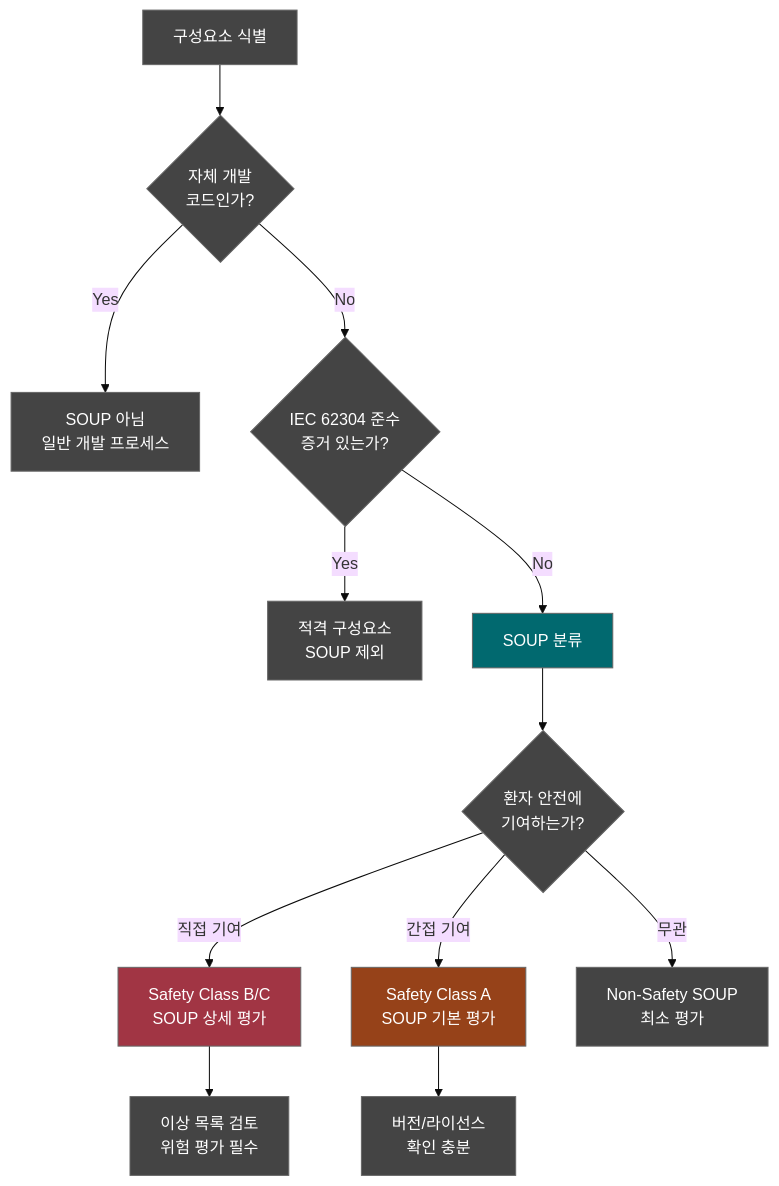
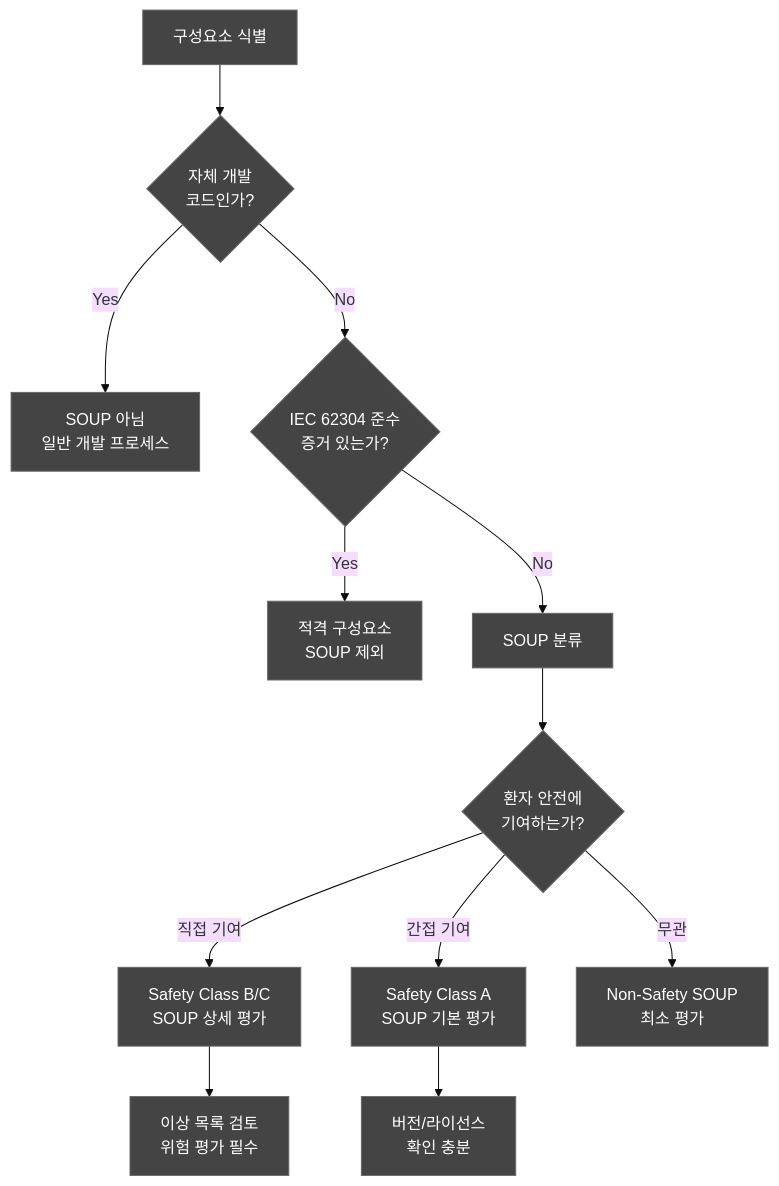
Before and after one commit to holee9/console-gui: the first of 3 diagrams in docs/verification/DOC-033_SOUP_Report_v1.0.md, drawn with Mermaid (base theme). The commit also changed other lines of this file and 35 other files, not shown here.

First line of the commit message:
fix: 전체 Mermaid 차트 색상 진한 회색 통일

````diff
--- a/docs/verification/DOC-033_SOUP_Report_v1.0.md
+++ b/docs/verification/DOC-033_SOUP_Report_v1.0.md
@@ -72,19 +72,19 @@
 ```mermaid
 flowchart TD
     classDef default fill:#444,stroke:#666,color:#fff
     A[구성요소 식별] --> B{자체 개발<br/>코드인가?}
     B -->|Yes| C[SOUP 아님<br/>일반 개발 프로세스]
     B -->|No| D{IEC 62304 준수<br/>증거 있는가?}
     D -->|Yes| E[적격 구성요소<br/>SOUP 제외]
     D -->|No| F[SOUP 분류]
     F --> G{환자 안전에<br/>기여하는가?}
     G -->|직접 기여| H[Safety Class B/C<br/>SOUP 상세 평가]
     G -->|간접 기여| I[Safety Class A<br/>SOUP 기본 평가]
     G -->|무관| J[Non-Safety SOUP<br/>최소 평가]
     H --> K[이상 목록 검토<br/>위험 평가 필수]
     I --> L[버전/라이선스<br/>확인 충분]
     
-    style F fill:#01696F,color:#fff
-    style H fill:#A13544,color:#fff
-    style I fill:#964219,color:#fff
+    style F fill:#444,color:#fff
+    style H fill:#444,color:#fff
+    style I fill:#444,color:#fff
 ```
````
